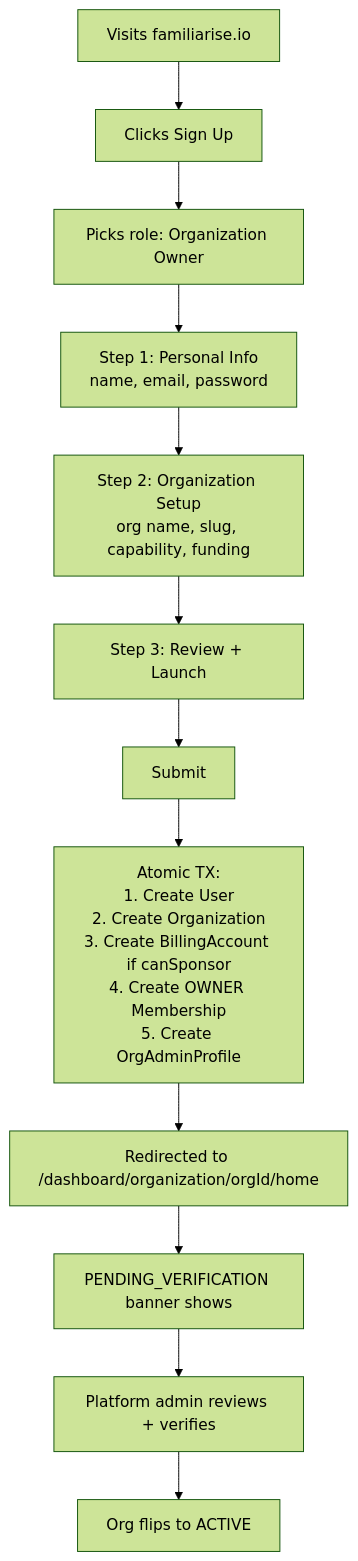
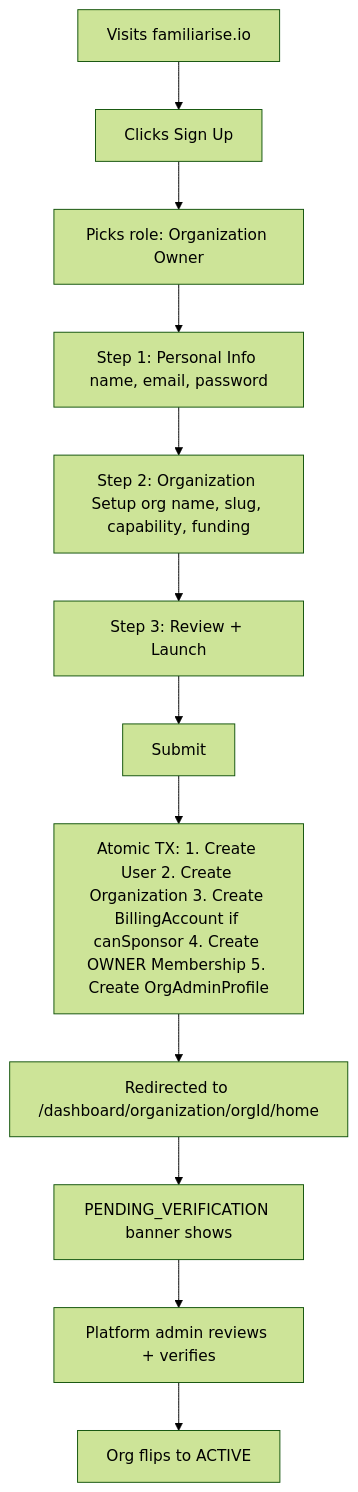
One commit to Practitionist/familiarise_web changed diagram 11 of 24 in docs/enterprise/enterprise-complete-guide.md. Above: the diagram before and after it, drawn with Mermaid (forest theme). The commit also changed other lines of this file, not shown here.

First line of the commit message:
fix(enterprise): remove br/ from flowchart node labels

````diff
--- a/docs/enterprise/enterprise-complete-guide.md
+++ b/docs/enterprise/enterprise-complete-guide.md
@@ -885,14 +885,14 @@
 ```mermaid
 flowchart TD
     A[Visits familiarise.io] --> B[Clicks Sign Up]
     B --> C[Picks role: Organization Owner]
-    C --> D[Step 1: Personal Info<br/>name, email, password]
-    D --> E[Step 2: Organization Setup<br/>org name, slug, capability, funding]
+    C --> D[Step 1: Personal Info name, email, password]
+    D --> E[Step 2: Organization Setup org name, slug, capability, funding]
     E --> F[Step 3: Review + Launch]
     F --> G[Submit]
-    G --> H[Atomic TX:<br/>1. Create User<br/>2. Create Organization<br/>3. Create BillingAccount if canSponsor<br/>4. Create OWNER Membership<br/>5. Create OrgAdminProfile]
+    G --> H[Atomic TX: 1. Create User 2. Create Organization 3. Create BillingAccount if canSponsor 4. Create OWNER Membership 5. Create OrgAdminProfile]
     H --> I[Redirected to /dashboard/organization/orgId/home]
     I --> J[PENDING_VERIFICATION banner shows]
     J --> K[Platform admin reviews + verifies]
     K --> L[Org flips to ACTIVE]
 ```
````
